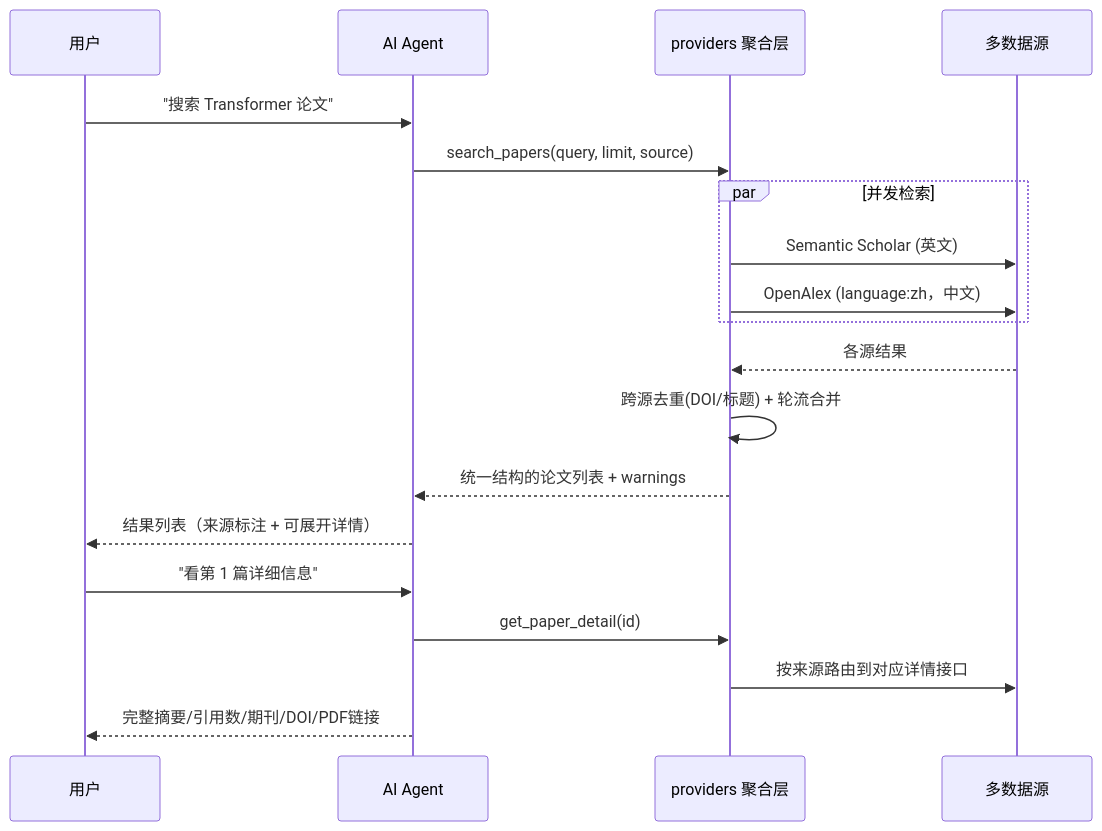
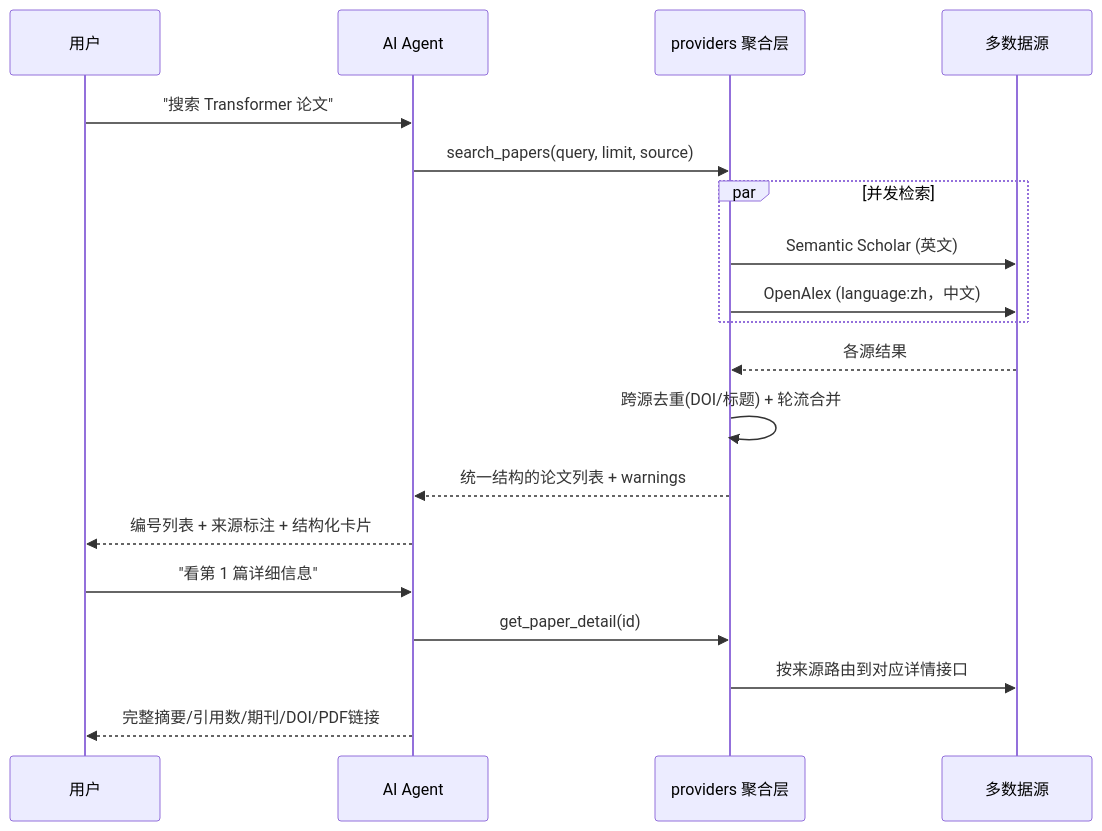
The diagram in README.md (awsl2580/paper-searching), drawn with Mermaid before and after one commit. The commit also changed other lines of this file and 44 other files, not shown here.

````diff
--- a/README.md
+++ b/README.md
@@ -95,23 +114,23 @@
 ```mermaid
 sequenceDiagram
     participant U as 用户
     participant A as AI Agent
     participant P as providers 聚合层
     participant S as 多数据源
 
     U->>A: "搜索 Transformer 论文"
     A->>P: search_papers(query, limit, source)
     par 并发检索
         P->>S: Semantic Scholar (英文)
         P->>S: OpenAlex (language:zh，中文)
     end
     S-->>P: 各源结果
     P->>P: 跨源去重(DOI/标题) + 轮流合并
     P-->>A: 统一结构的论文列表 + warnings
-    A-->>U: 结果列表（来源标注 + 可展开详情）
+    A-->>U: 编号列表 + 来源标注 + 结构化卡片
 
     U->>A: "看第 1 篇详细信息"
     A->>P: get_paper_detail(id)
     P->>S: 按来源路由到对应详情接口
     A-->>U: 完整摘要/引用数/期刊/DOI/PDF链接
 ```
````
